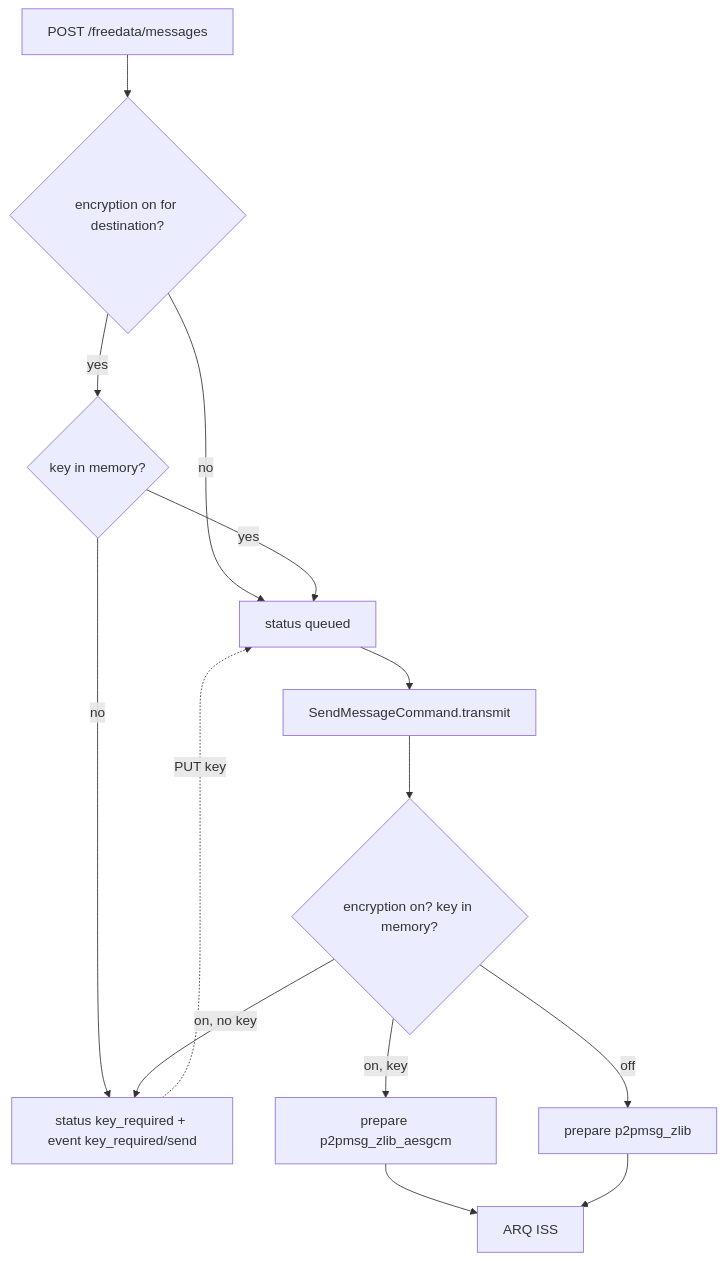
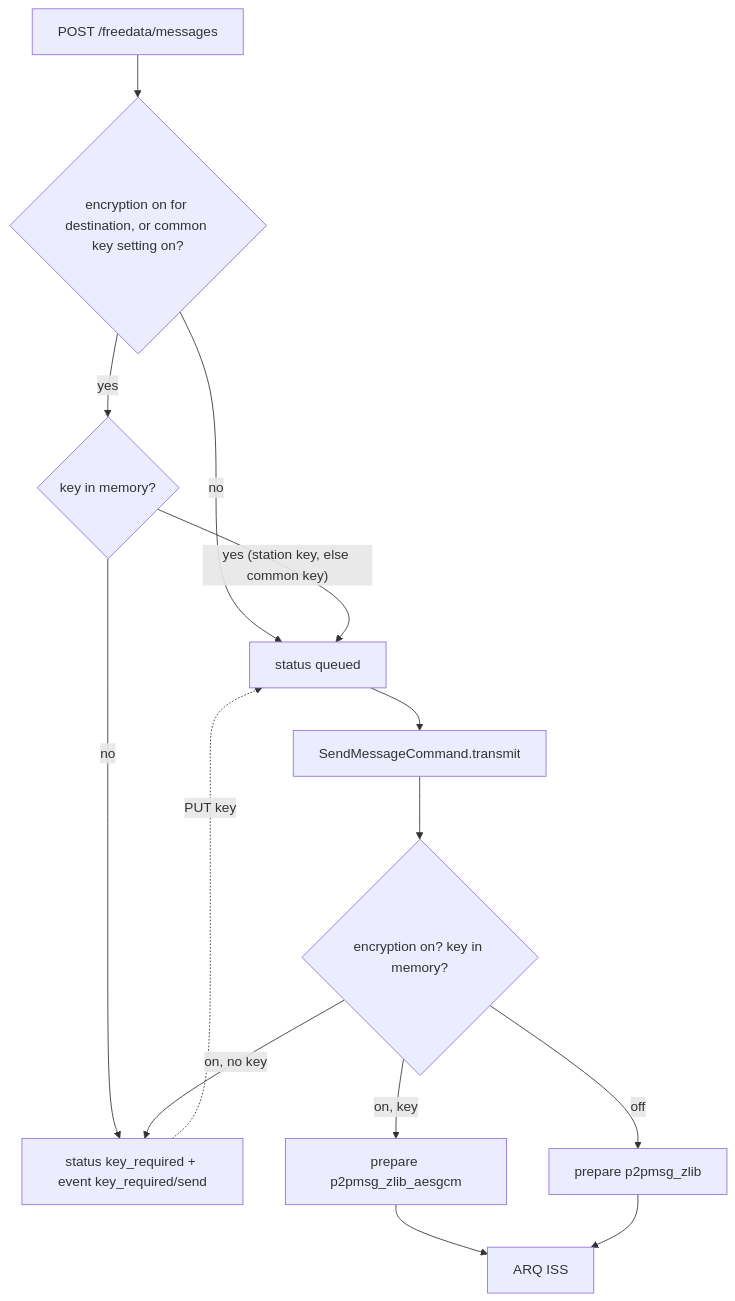
Before and after one commit to OH2JRB/FreeDATA: the diagram in freedata_server/docs/encryption.md, drawn with Mermaid. The commit also changed other lines of this file and 24 other files, not shown here.

First line of the commit message:
Add an optional common encryption key for all stations

````diff
--- a/freedata_server/docs/encryption.md
+++ b/freedata_server/docs/encryption.md
@@ -67,14 +94,14 @@
 ```mermaid
 flowchart TD
-    A[POST /freedata/messages] --> B{encryption on for destination?}
+    A[POST /freedata/messages] --> B{encryption on for destination, or common key setting on?}
     B -- no --> Q[status queued]
     B -- yes --> K{key in memory?}
-    K -- yes --> Q
+    K -- "yes (station key, else common key)" --> Q
     K -- no --> R[status key_required + event key_required/send]
     Q --> T[SendMessageCommand.transmit]
     T --> K2{encryption on? key in memory?}
     K2 -- on, no key --> R
     K2 -- on, key --> E[prepare p2pmsg_zlib_aesgcm] --> S[ARQ ISS]
     K2 -- off --> P[prepare p2pmsg_zlib] --> S
     R -. PUT key .-> Q
 ```
````
